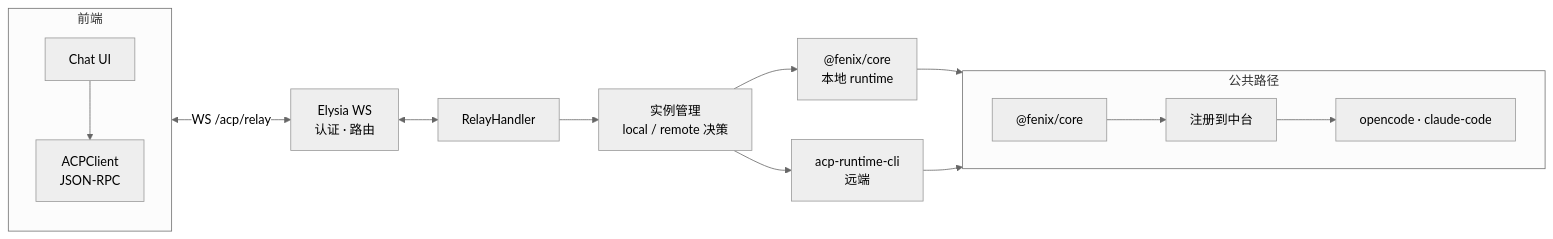
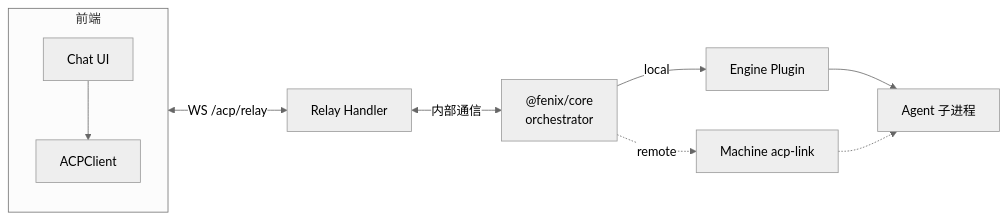
Before and after one commit to HuangPuStar/FenixAgent: the fourth of 4 diagrams in docs/arch/tech-stack-overview.md, drawn with Mermaid (neutral theme). The commit also changed other lines of this file and 10 other files, not shown here.

````diff
--- a/docs/arch/tech-stack-overview.md
+++ b/docs/arch/tech-stack-overview.md
@@ -138,17 +138,12 @@
 ```mermaid
 flowchart LR
     subgraph FE["前端"]
-        UI["Chat UI"] --> ACP["ACPClient<br/>JSON-RPC"]
+        UI["Chat UI"] --> ACP["ACPClient"]
     end
-    FE <-->|"WS /acp/relay"| EP["Elysia WS<br/>认证 · 路由"]
-    EP <--> RH["RelayHandler"]
-    RH --> IS["实例管理<br/>local / remote 决策"]
-    IS --> LOCAL["@fenix/core<br/>本地 runtime"]
-    IS --> REMOTE["acp-runtime-cli<br/>远端"]
-    LOCAL --> SHARED
-    REMOTE --> SHARED
-    subgraph SHARED["公共路径"]
-        direction LR
-        CORE["@fenix/core"] --> REG["注册到中台"] --> ENG["opencode · claude-code"]
-    end
+    FE <-->|"WS /acp/relay"| RELAY["Relay Handler"]
+    RELAY <-->|"内部通信"| INST["@fenix/core<br/>orchestrator"]
+    INST -->|"local"| PLUG[Engine Plugin]
+    INST -.->|"remote"| MC[Machine acp-link]
+    PLUG --> AGENT["Agent 子进程"]
+    MC -.-> AGENT
 ```
````
